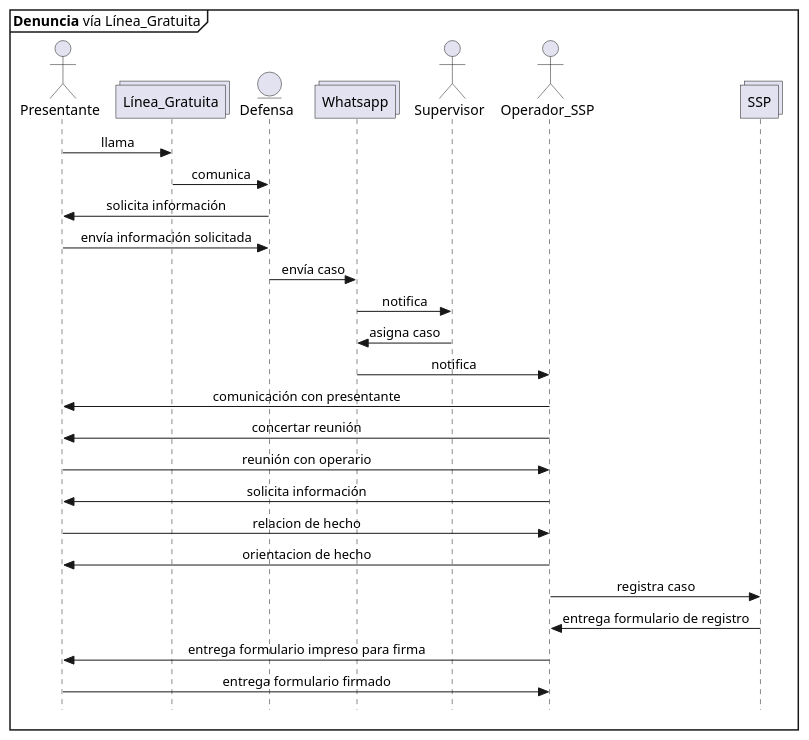
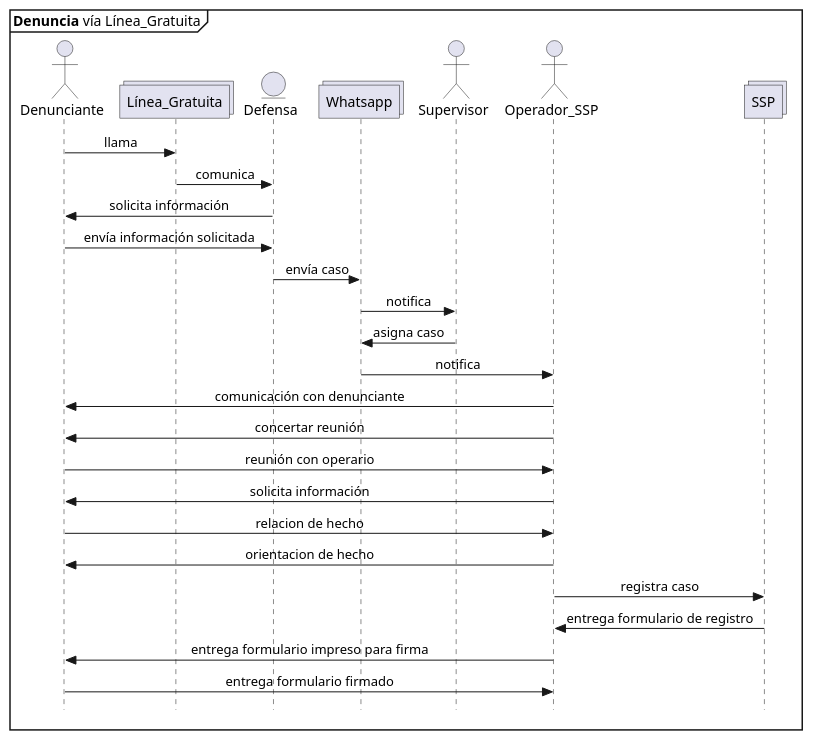
Before and after one commit to n1m0d0/defdiag: the diagram in 03 denuncia telefonica.plantuml, drawn with PlantUML. The commit also changed 15 other files, not shown here.

```diff
--- a/03 denuncia telefonica.plantuml
+++ b/03 denuncia telefonica.plantuml
@@ -1,35 +1,35 @@
 @startuml Denuncia_Linea_Gratuita
 skinparam Style strictuml
 skinparam SequenceMessageAlignment center
 
 mainframe **Denuncia** vía Línea_Gratuita
 
-actor Presentante as pre
+actor Denunciante as pre
 collections Línea_Gratuita
 entity Defensa as def
 collections Whatsapp as wap
 actor Supervisor as sup
 actor Operador_SSP as opssp
 collections SSP
 
 pre -> Línea_Gratuita : llama
 Línea_Gratuita -> def : comunica
 def -> pre : solicita información
 pre -> def : envía información solicitada
 def->wap : envía caso
 wap->sup : notifica
 sup->wap : asigna caso
 wap->opssp : notifica
-opssp->pre:comunicación con presentante
+opssp->pre:comunicación con denunciante
 opssp->pre:concertar reunión
 pre->opssp:reunión con operario
 opssp -> pre : solicita información
 pre->opssp:relacion de hecho
 opssp->pre:orientacion de hecho
 opssp->SSP:registra caso
 SSP->opssp: entrega formulario de registro
 opssp->pre:entrega formulario impreso para firma
 pre->opssp:entrega formulario firmado
 
 
 @enduml
```
